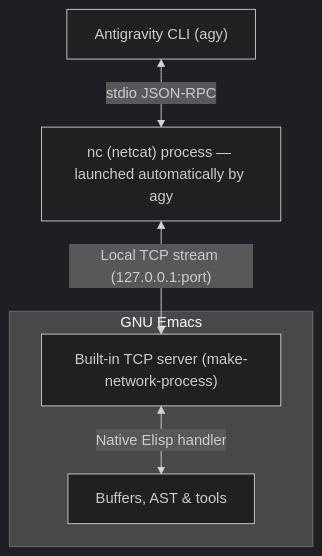
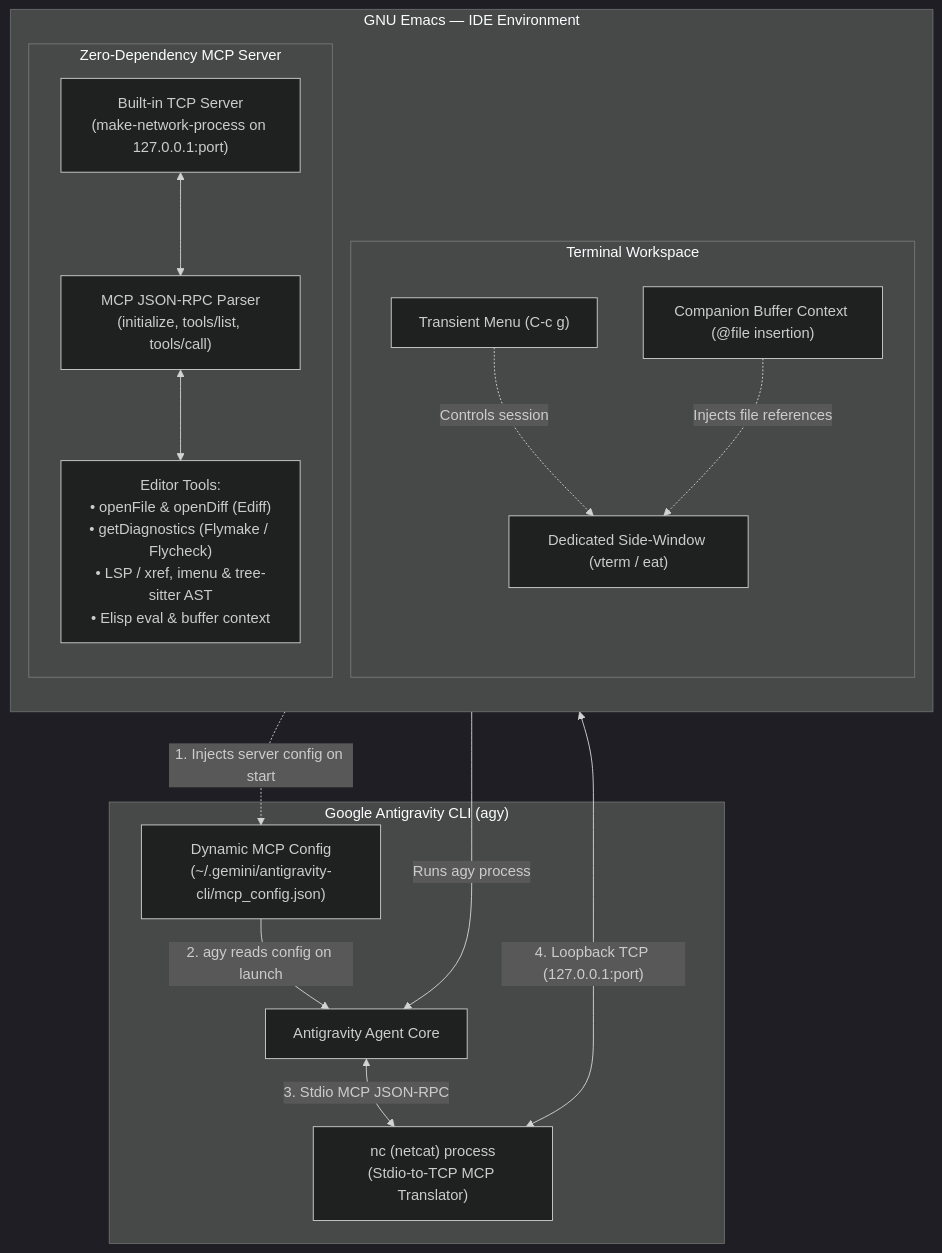
One commit to iht/agy-cli-emacs changed the diagram in README.md. Above: the diagram before and after it, drawn with Mermaid (dark theme). The commit also changed other lines of this file and 6 other files, not shown here.

Commit message:
chore(github): add community health templates, label config, and refine README architecture

````diff
--- a/README.md
+++ b/README.md
@@ -13,14 +16,34 @@
 ```mermaid
 flowchart TD
-    agy["Antigravity CLI (agy)"]
-    nc["nc (netcat) process — launched automatically by agy"]
+    subgraph ide["GNU Emacs — IDE Environment"]
+        direction TB
+        subgraph terminal["Terminal Workspace"]
+            side_win["Dedicated Side-Window (vterm / eat)"]
+            companion["Companion Buffer Context (@file insertion)"]
+            transient_ui["Transient Menu (C-c g)"]
+        end
 
-    subgraph emacs["GNU Emacs"]
-        tcp["Built-in TCP server (make-network-process)"]
-        tools["Buffers, AST & tools"]
+        subgraph emacs_mcp["Zero-Dependency MCP Server"]
+            tcp["Built-in TCP Server\n(make-network-process on 127.0.0.1:port)"]
+            rpc_parser["MCP JSON-RPC Parser\n(initialize, tools/list, tools/call)"]
+            tools["Editor Tools:\n• openFile & openDiff (Ediff)\n• getDiagnostics (Flymake / Flycheck)\n• LSP / xref, imenu & tree-sitter AST\n• Elisp eval & buffer context"]
+        end
     end
 
-    agy <-->|"stdio JSON-RPC"| nc
-    nc <-->|"Local TCP stream (127.0.0.1:port)"| tcp
-    tcp <-->|"Native Elisp handler"| tools
+    subgraph agy_process["Google Antigravity CLI (agy)"]
+        agy_core["Antigravity Agent Core"]
+        mcp_cfg["Dynamic MCP Config\n(~/.gemini/antigravity-cli/mcp_config.json)"]
+        nc["nc (netcat) process\n(Stdio-to-TCP MCP Translator)"]
+    end
+
+    side_win -->|"Runs agy process"| agy_core
+    transient_ui -.->|"Controls session"| side_win
+    companion -.->|"Injects file references"| side_win
+
+    emacs_mcp -.->|"1. Injects server config on start"| mcp_cfg
+    mcp_cfg -->|"2. agy reads config on launch"| agy_core
+    agy_core <-->|"3. Stdio MCP JSON-RPC"| nc
+    nc <-->|"4. Loopback TCP (127.0.0.1:port)"| tcp
+    tcp <--> rpc_parser
+    rpc_parser <--> tools
 ```
````
